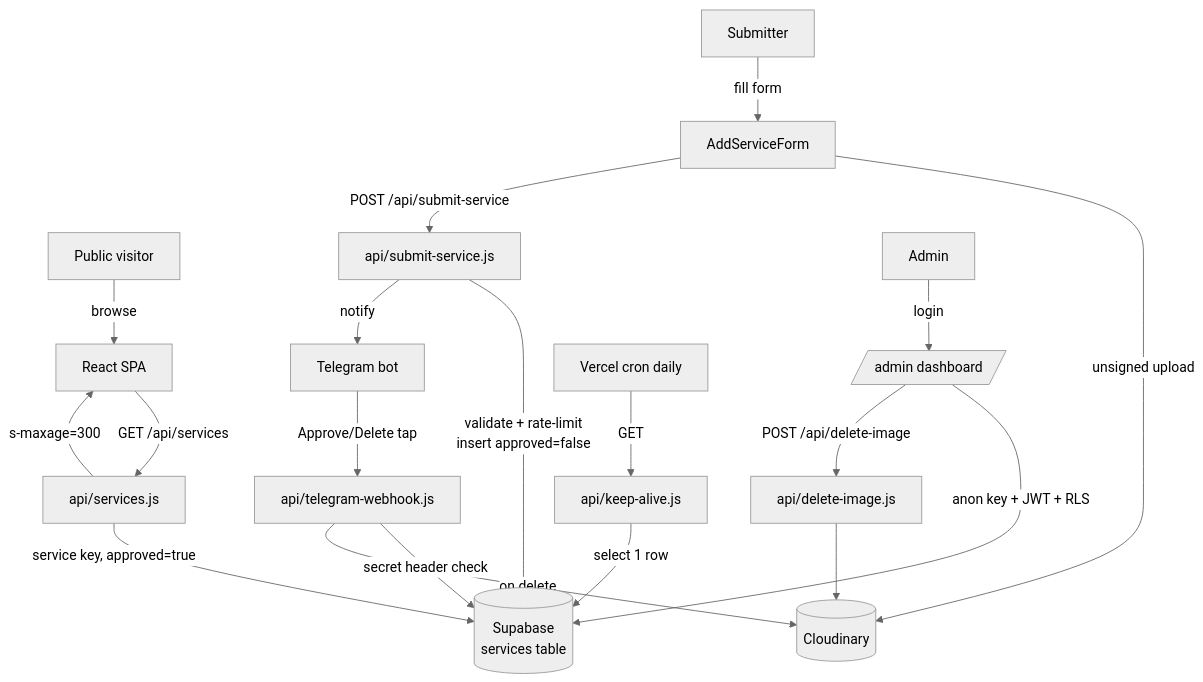
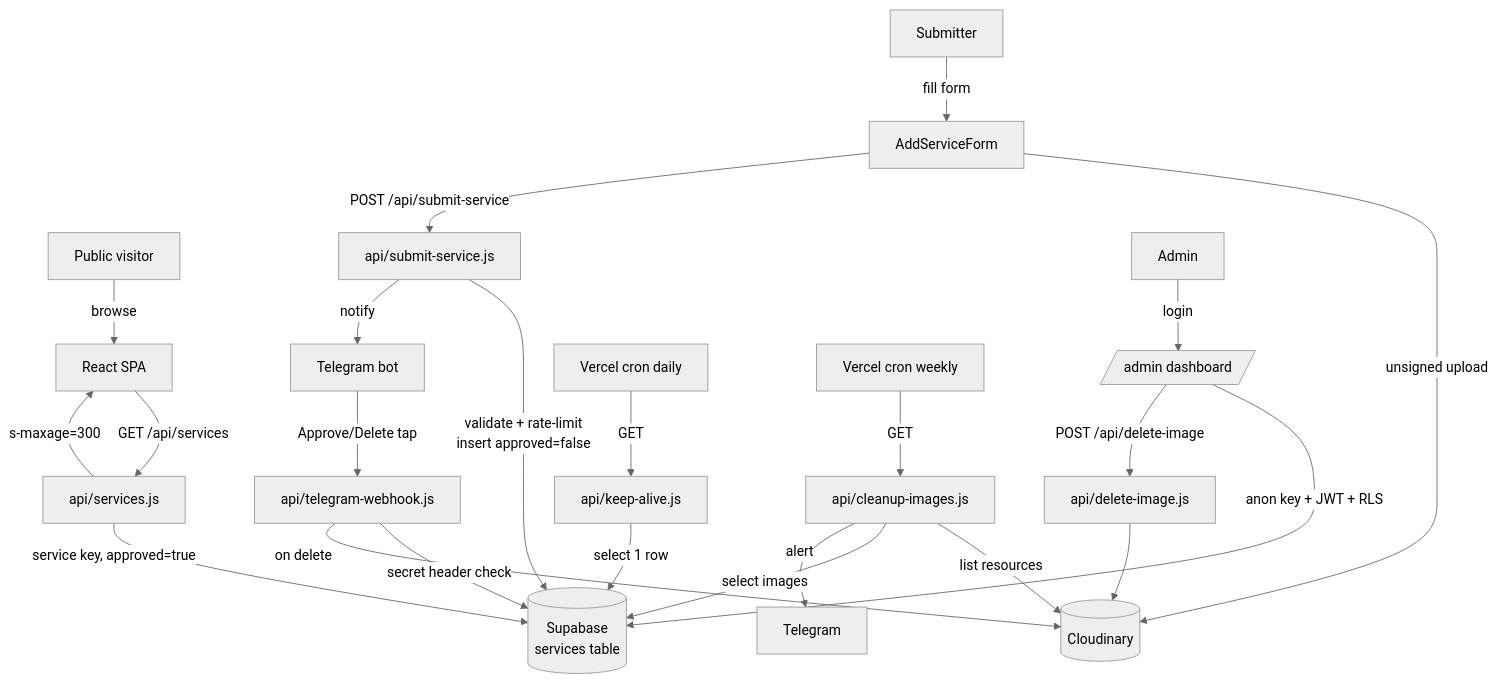
One commit to Ukranians-in-Texas/spilno-us changed the first of 2 diagrams in docs/technical-guide.md. Above: the diagram before and after it, drawn with Mermaid (neutral theme). The commit also changed other lines of this file and 5 other files, not shown here.

````diff
--- a/docs/technical-guide.md
+++ b/docs/technical-guide.md
@@ -40,25 +40,30 @@
 ```mermaid
 flowchart TD
     Visitor[Public visitor] -->|browse| SPA[React SPA]
     SPA -->|GET /api/services| ApiServices[api/services.js]
     ApiServices -->|service key, approved=true| DB[(Supabase\nservices table)]
     ApiServices -->|s-maxage=300| SPA
 
     Submitter[Submitter] -->|fill form| Form[AddServiceForm]
     Form -->|unsigned upload| Cloudinary[(Cloudinary)]
     Form -->|POST /api/submit-service| ApiSubmit[api/submit-service.js]
     ApiSubmit -->|validate + rate-limit\ninsert approved=false| DB
     ApiSubmit -->|notify| Bot[Telegram bot]
 
     Bot -->|Approve/Delete tap| ApiWebhook[api/telegram-webhook.js]
     ApiWebhook -->|secret header check| DB
     ApiWebhook -->|on delete| Cloudinary
 
     Admin[Admin] -->|login| AdminUI[/admin dashboard/]
     AdminUI -->|anon key + JWT + RLS| DB
     AdminUI -->|POST /api/delete-image| ApiDelete[api/delete-image.js]
     ApiDelete --> Cloudinary
 
     Cron[Vercel cron daily] -->|GET| KeepAlive[api/keep-alive.js]
     KeepAlive -->|select 1 row| DB
+
+    CronWeekly[Vercel cron weekly] -->|GET| Cleanup[api/cleanup-images.js]
+    Cleanup -->|list resources| Cloudinary
+    Cleanup -->|select images| DB
+    Cleanup -->|alert| Telegram
 ```
````
